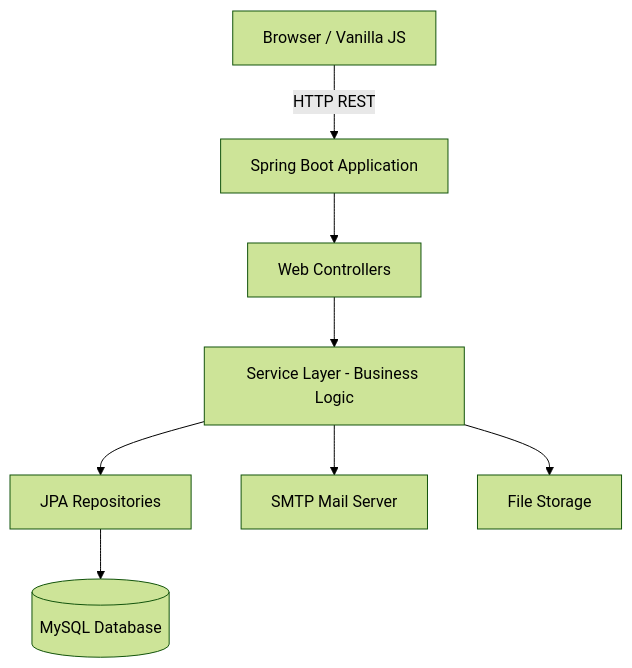
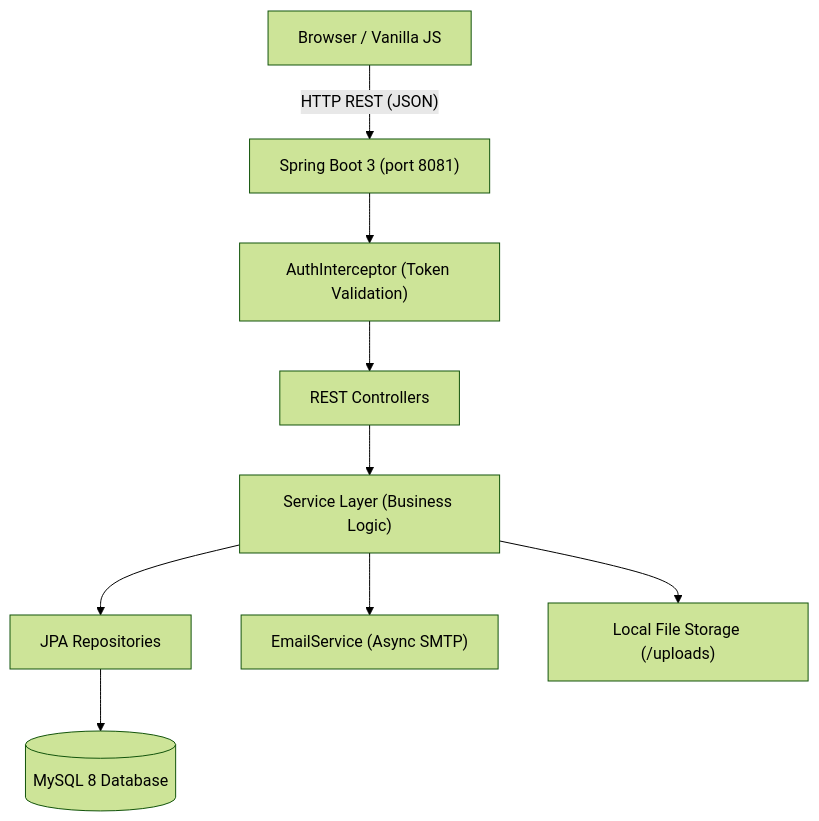
Before and after one commit to Zulfatah69/tellme: the diagram in README.md, drawn with Mermaid (forest theme). The commit also changed other lines of this file and 9 other files, not shown here.

````diff
--- a/README.md
+++ b/README.md
@@ -38,10 +61,11 @@
 ```mermaid
 graph TD
-    Client[Browser / Vanilla JS] -->|HTTP REST| API[Spring Boot Application]
-    API --> Controller[Web Controllers]
-    Controller --> Service[Service Layer - Business Logic]
-    Service --> Repositories[JPA Repositories]
-    Repositories --> DB[(MySQL Database)]
-    Service --> Mail[SMTP Mail Server]
-    Service --> Storage[File Storage]
+    Browser["Browser / Vanilla JS"] -->|"HTTP REST (JSON)"| API["Spring Boot 3 (port 8081)"]
+    API --> AuthInterceptor["AuthInterceptor (Token Validation)"]
+    AuthInterceptor --> Controllers["REST Controllers"]
+    Controllers --> Services["Service Layer (Business Logic)"]
+    Services --> Repositories["JPA Repositories"]
+    Repositories --> DB[("MySQL 8 Database")]
+    Services --> EmailService["EmailService (Async SMTP)"]
+    Services --> FileStorage["Local File Storage (/uploads)"]
 ```
````
